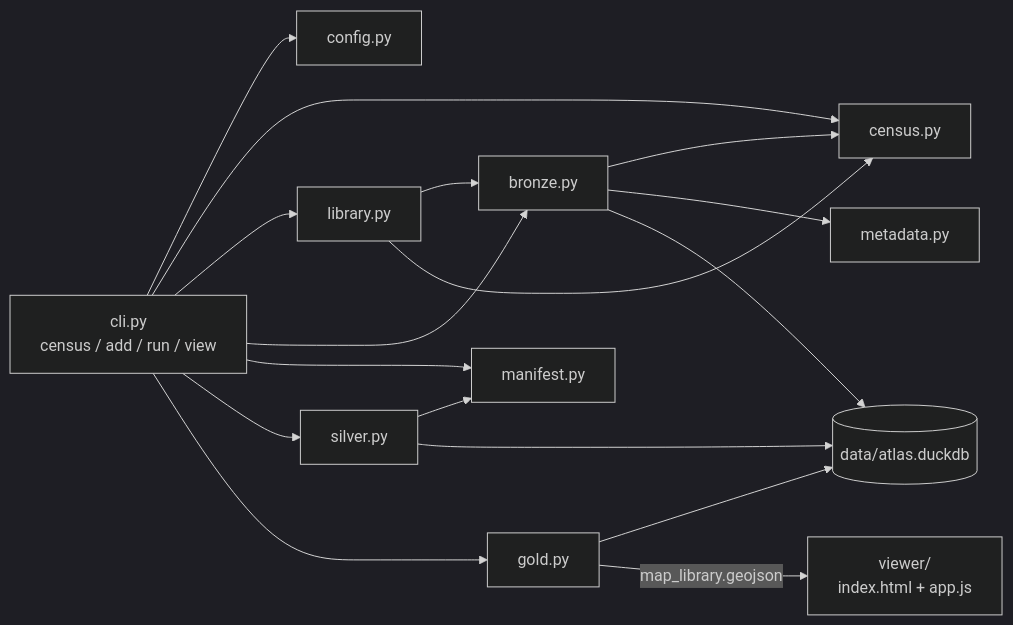
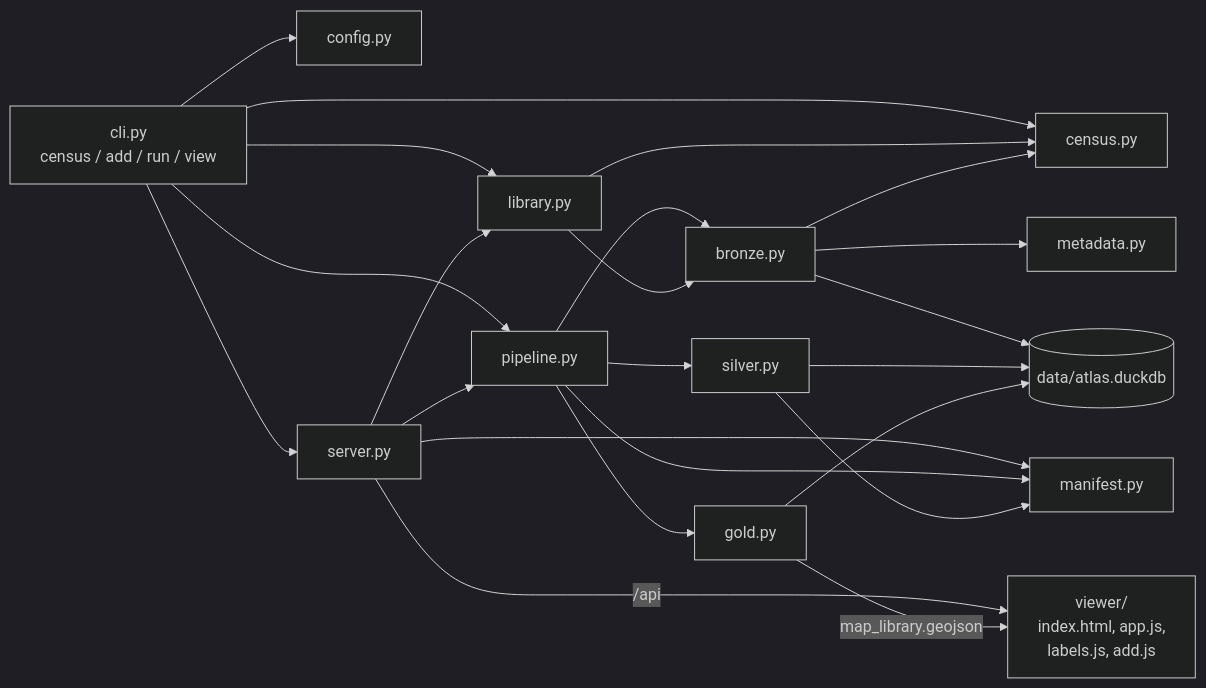
The diagram in docs/DEVELOPER.md (bjjahnke/map-library-atlas), drawn with Mermaid (dark theme) before and after one commit. The commit also changed other lines of this file and 22 other files, not shown here.

First line of the commit message:
Turn the viewer into a local app: label maps and add maps from the page

````diff
--- a/docs/DEVELOPER.md
+++ b/docs/DEVELOPER.md
@@ -37,31 +39,39 @@
 ```mermaid
 flowchart LR
     cli["cli.py<br/>census / add / run / view"]
     config["config.py"]
     census["census.py"]
     library["library.py"]
     bronze["bronze.py"]
     metadata["metadata.py"]
     manifest["manifest.py"]
     silver["silver.py"]
     gold["gold.py"]
-    viewer["viewer/<br/>index.html + app.js"]
+    pipeline["pipeline.py"]
+    server["server.py"]
+    viewer["viewer/<br/>index.html, app.js,<br/>labels.js, add.js"]
     db[("data/atlas.duckdb")]
 
     cli --> config
     cli --> census
     cli --> library
-    cli --> bronze
+    cli --> pipeline
+    cli --> server
+    server --> pipeline
+    server --> library
+    server --> manifest
+    server -->|"/api"| viewer
+    pipeline --> bronze
+    pipeline --> manifest
+    pipeline --> silver
+    pipeline --> gold
     library --> bronze
     library --> census
-    cli --> manifest
-    cli --> silver
-    cli --> gold
     bronze --> census
     bronze --> metadata
     silver --> manifest
     bronze --> db
     silver --> db
     gold --> db
     gold -->|"map_library.geojson"| viewer
 ```
````
